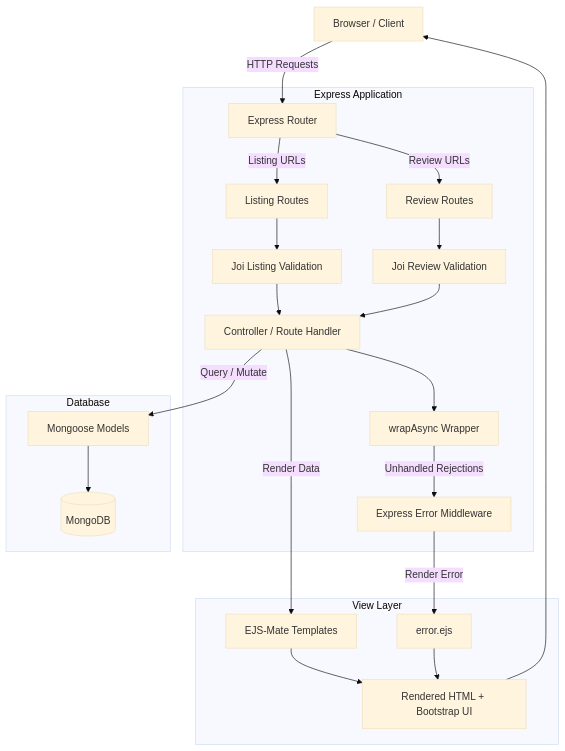
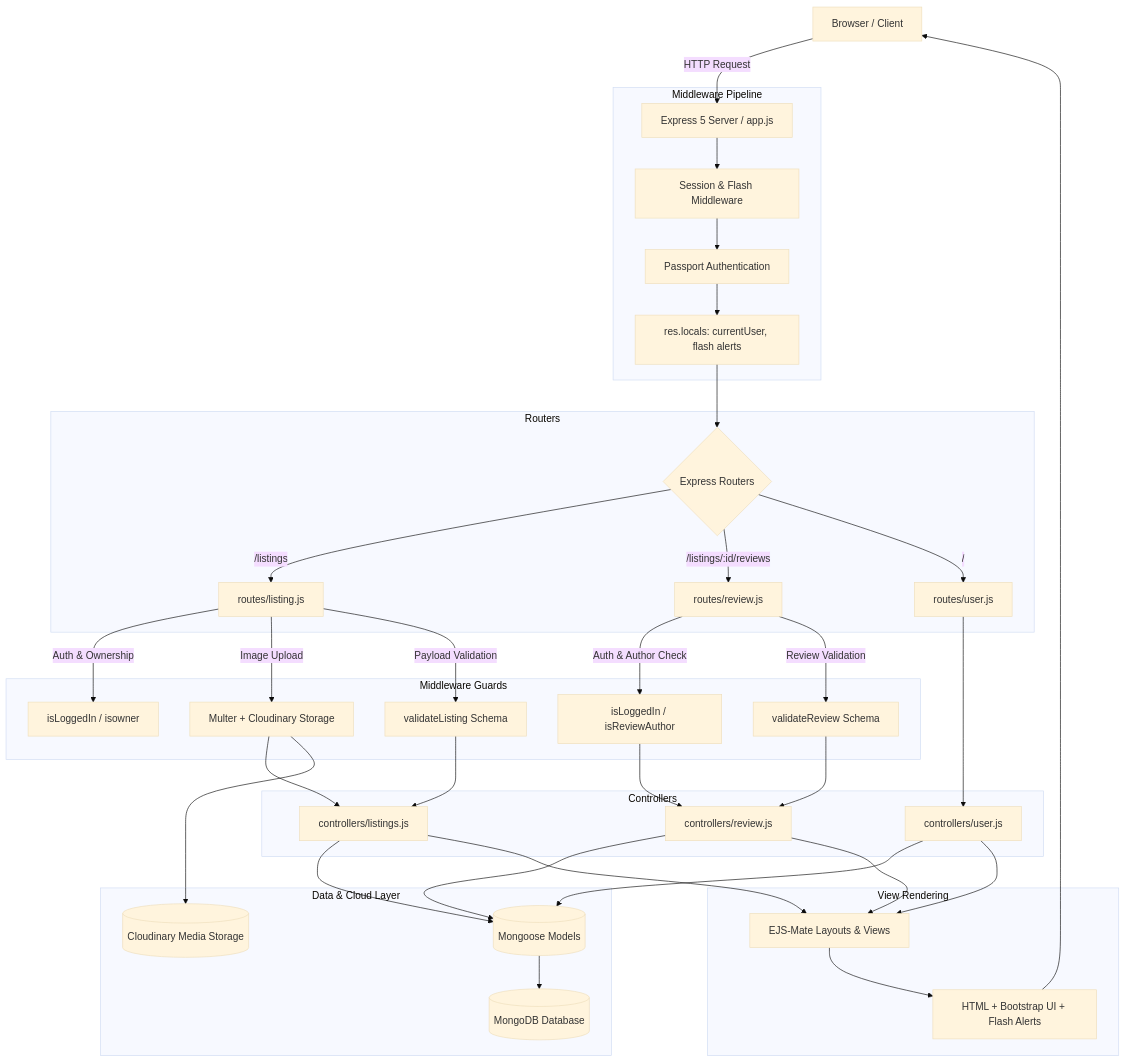
Before and after one commit to darshak767/Airbnb: the first of 2 diagrams in README.md, drawn with Mermaid (base theme). The commit also changed other lines of this file, not shown here.

````diff
--- a/README.md
+++ b/README.md
@@ -92,32 +104,46 @@
 ```mermaid
 flowchart TD
-    Client[Browser / Client] -->|HTTP Requests| Router[Express Router]
-    
-    subgraph Express Application
-        Router -->|Listing URLs| ListingRoutes[Listing Routes]
-        Router -->|Review URLs| ReviewRoutes[Review Routes]
+    Client[Browser / Client] -->|HTTP Request| Server[Express 5 Server / app.js]
+
+    subgraph Middleware Pipeline
+        Server --> SessionMW[Session & Flash Middleware]
+        SessionMW --> PassportMW[Passport Authentication]
+        PassportMW --> LocalsMW[res.locals: currentUser, flash alerts]
+    end
+
+    LocalsMW --> Router{Express Routers}
+
+    subgraph Routers
+        Router -->|/listings| ListingRouter[routes/listing.js]
+        Router -->|/listings/:id/reviews| ReviewRouter[routes/review.js]
+        Router -->|/| UserRouter[routes/user.js]
+    end
+
+    subgraph Middleware Guards
+        ListingRouter -->|Auth & Ownership| AuthGuard[isLoggedIn / isowner]
+        ListingRouter -->|Image Upload| MulterCloud[Multer + Cloudinary Storage]
+        ListingRouter -->|Payload Validation| JoiListing[validateListing Schema]
         
-        ListingRoutes --> ValL[Joi Listing Validation]
-        ReviewRoutes --> ValR[Joi Review Validation]
-        
-        ValL --> Handler[Controller / Route Handler]
-        ValR --> Handler
-        
-        Handler --> Wrap[wrapAsync Wrapper]
-        Wrap -->|Unhandled Rejections| ErrMW[Express Error Middleware]
+        ReviewRouter -->|Auth & Author Check| ReviewGuard[isLoggedIn / isReviewAuthor]
+        ReviewRouter -->|Review Validation| JoiReview[validateReview Schema]
     end
-    
-    subgraph Database
-        Handler -->|Query / Mutate| Mongoose[Mongoose Models]
-        Mongoose --> MongoDB[(MongoDB)]
+
+    subgraph Controllers
+        MulterCloud & JoiListing --> ListingCtrl[controllers/listings.js]
+        JoiReview & ReviewGuard --> ReviewCtrl[controllers/review.js]
+        UserRouter --> UserCtrl[controllers/user.js]
     end
-    
-    subgraph View Layer
-        Handler -->|Render Data| EJS[EJS-Mate Templates]
-        ErrMW -->|Render Error| ErrView[error.ejs]
-        EJS --> Response[Rendered HTML + Bootstrap UI]
-        ErrView --> Response
+
+    subgraph Data & Cloud Layer
+        ListingCtrl & ReviewCtrl & UserCtrl --> MongooseModels[(Mongoose Models)]
+        MulterCloud --> Cloudinary[(Cloudinary Media Storage)]
+        MongooseModels --> MongoDB[(MongoDB Database)]
     end
-    
-    Response --> Client
+
+    subgraph View Rendering
+        ListingCtrl & ReviewCtrl & UserCtrl --> EJSViews[EJS-Mate Layouts & Views]
+        EJSViews --> HTMLResponse[HTML + Bootstrap UI + Flash Alerts]
+    end
+
+    HTMLResponse --> Client
 ```
````
